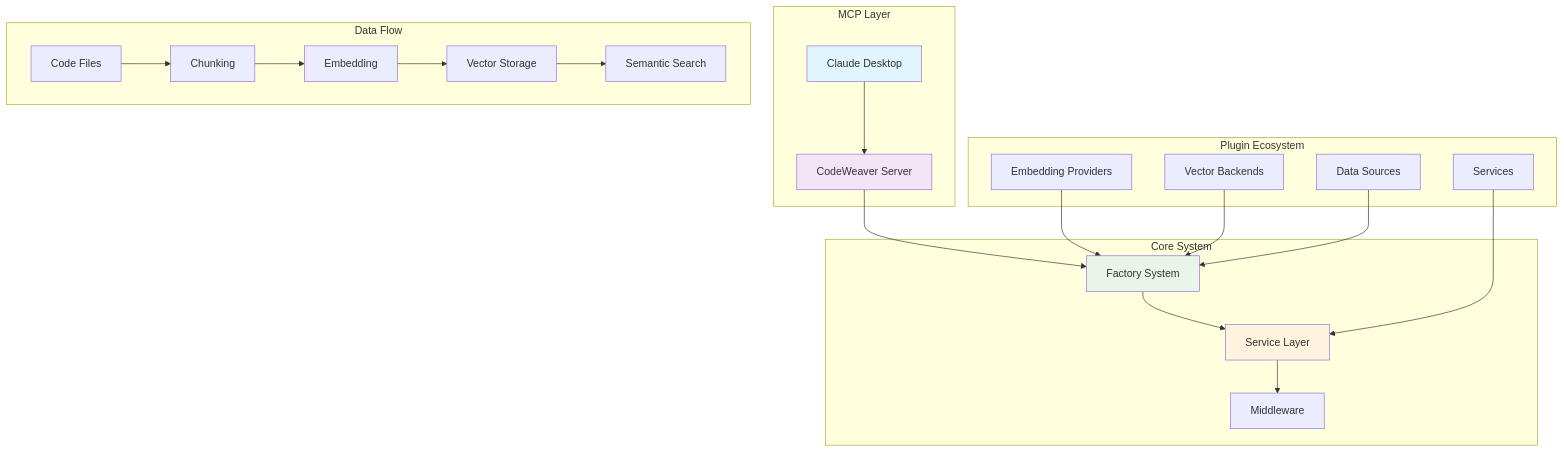
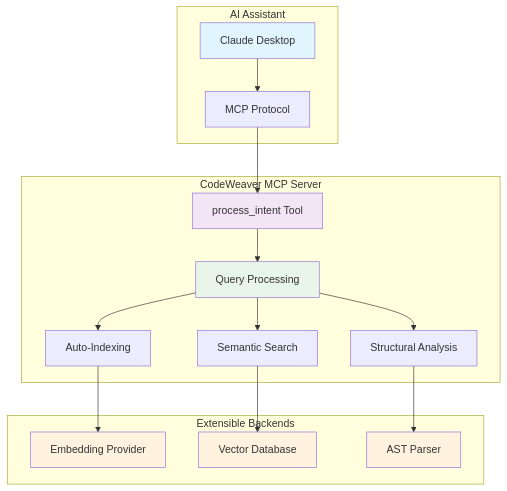
The diagram in docs/index.md (knitli/codeweaver-mcp), drawn with Mermaid before and after one commit. The commit also changed other lines of this file and 44 other files, not shown here.

````diff
--- a/docs/index.md
+++ b/docs/index.md
@@ -116,31 +103,27 @@
 ```mermaid
 graph TB
-    subgraph "MCP Layer"
-        A[Claude Desktop] --> B[CodeWeaver Server]
+    subgraph "AI Assistant"
+        A[Claude Desktop] --> B[MCP Protocol]
     end
 
-    subgraph "Core System"
-        B --> C[Factory System]
-        C --> D[Service Layer]
-        D --> E[Middleware]
+    subgraph "CodeWeaver MCP Server"
+        B --> C[process_intent Tool]
+        C --> D[Query Processing]
+        D --> E[Auto-Indexing]
+        D --> F[Semantic Search]
+        D --> G[Structural Analysis]
     end
 
-    subgraph "Plugin Ecosystem"
-        F[Embedding Providers] --> C
-        G[Vector Backends] --> C
-        H[Data Sources] --> C
-        I[Services] --> D
-    end
-
-    subgraph "Data Flow"
-        J[Code Files] --> K[Chunking]
-        K --> L[Embedding]
-        L --> M[Vector Storage]
-        M --> N[Semantic Search]
+    subgraph "Extensible Backends"
+        E --> H[Embedding Provider]
+        F --> I[Vector Database]
+        G --> J[AST Parser]
     end
 
     style A fill:#e1f5fe
-    style B fill:#f3e5f5
-    style C fill:#e8f5e8
-    style D fill:#fff3e0
+    style C fill:#f3e5f5
+    style D fill:#e8f5e8
+    style H fill:#fff3e0
+    style I fill:#fff3e0
+    style J fill:#fff3e0
 ```
````
